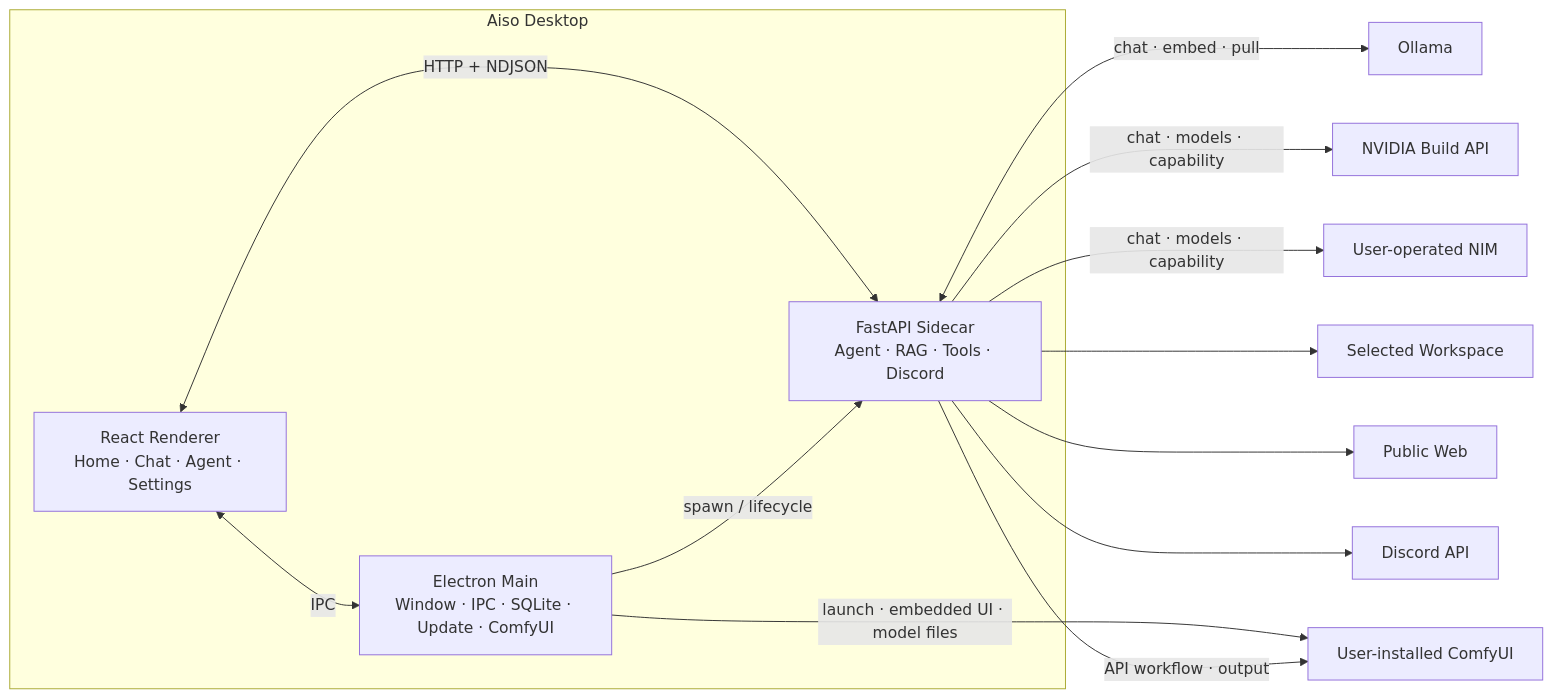
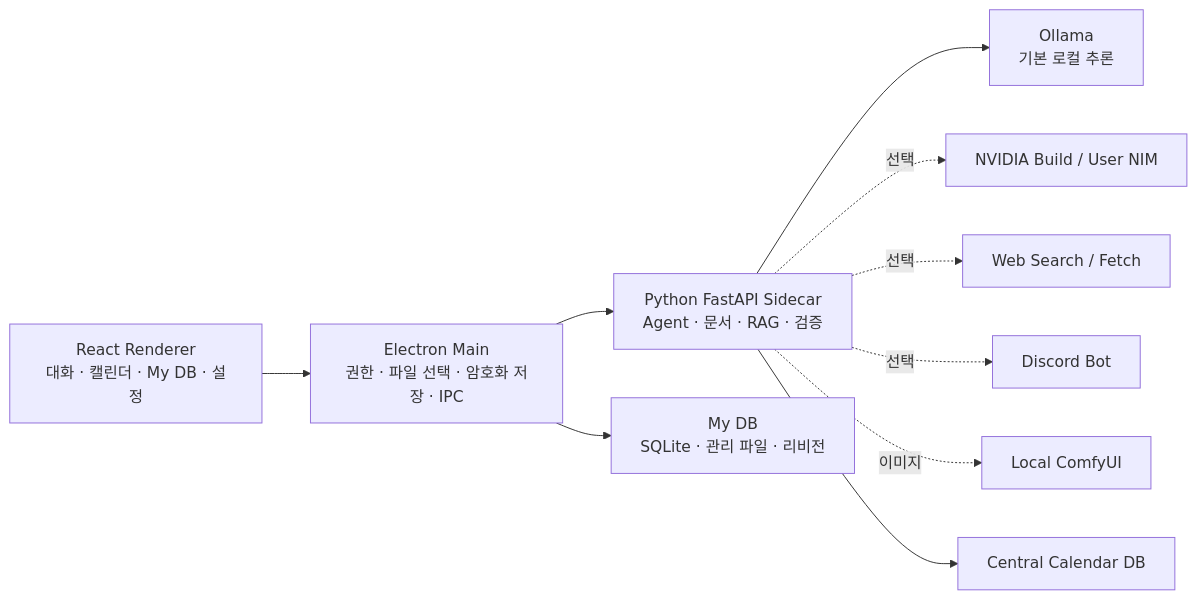
Before and after one commit to devbin-lab/AISO: the diagram in README.md, drawn with Mermaid. The commit also changed other lines of this file, not shown here.

````diff
--- a/README.md
+++ b/README.md
@@ -324,20 +276,12 @@
 ```mermaid
 flowchart LR
-    subgraph Desktop["Aiso Desktop"]
-        Renderer["React Renderer<br/>Home · Chat · Agent · Settings"]
-        Main["Electron Main<br/>Window · IPC · SQLite · Update · ComfyUI"]
-        Sidecar["FastAPI Sidecar<br/>Agent · RAG · Tools · Discord"]
-    end
-
-    Renderer <-->|IPC| Main
-    Renderer <-->|"HTTP + NDJSON"| Sidecar
-    Main -->|"spawn / lifecycle"| Sidecar
-    Sidecar <-->|"chat · embed · pull"| Ollama["Ollama"]
-    Sidecar -->|"chat · models · capability"| Build["NVIDIA Build API"]
-    Sidecar -->|"chat · models · capability"| NIM["User-operated NIM"]
-    Sidecar --> Workspace["Selected Workspace"]
-    Sidecar --> Web["Public Web"]
-    Sidecar --> Discord["Discord API"]
-    Main -->|"launch · embedded UI · model files"| ComfyUI["User-installed ComfyUI"]
-    Sidecar -->|"API workflow · output"| ComfyUI
+  UI[React Renderer<br/>대화 · 캘린더 · My DB · 설정] --> IPC[Electron Main<br/>권한 · 파일 선택 · 암호화 저장 · IPC]
+  IPC --> API[Python FastAPI Sidecar<br/>Agent · 문서 · RAG · 검증]
+  API --> OL[Ollama<br/>기본 로컬 추론]
+  API -. 선택 .-> NV[NVIDIA Build / User NIM]
+  API -. 선택 .-> WEB[Web Search / Fetch]
+  API -. 선택 .-> DISC[Discord Bot]
+  API -. 이미지 .-> COMFY[Local ComfyUI]
+  IPC --> MDB[My DB<br/>SQLite · 관리 파일 · 리비전]
+  API --> CAL[Central Calendar DB]
 ```
````
